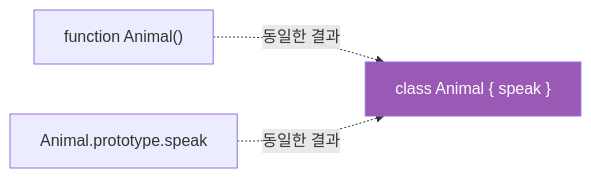
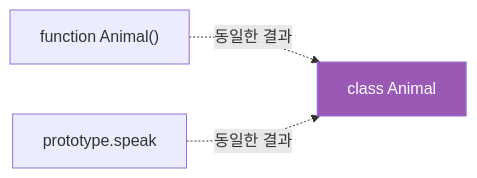
Before and after one commit to yjkim2015/yjkim2015.github.io: the fourth of 6 diagrams in _posts/frontend/2026-05-02-js-prototype.md, drawn with Mermaid. The commit also changed 48 other files, not shown here.

First line of the commit message:
Mermaid 최종 47건 수정: participant/노드/줄수/라벨 전부 기준 이하

````diff
--- a/_posts/frontend/2026-05-02-js-prototype.md
+++ b/_posts/frontend/2026-05-02-js-prototype.md
@@ -191,9 +191,9 @@
 ```mermaid
 graph LR
     PF["function Animal()"]
-    PP["Animal.prototype.speak"]
-    CC["class Animal { speak }"]
+    PP["prototype.speak"]
+    CC["class Animal"]
     PF -.->|"동일한 결과"| CC
     PP -.->|"동일한 결과"| CC
     style CC fill:#9b59b6,color:#fff
 ```
````
